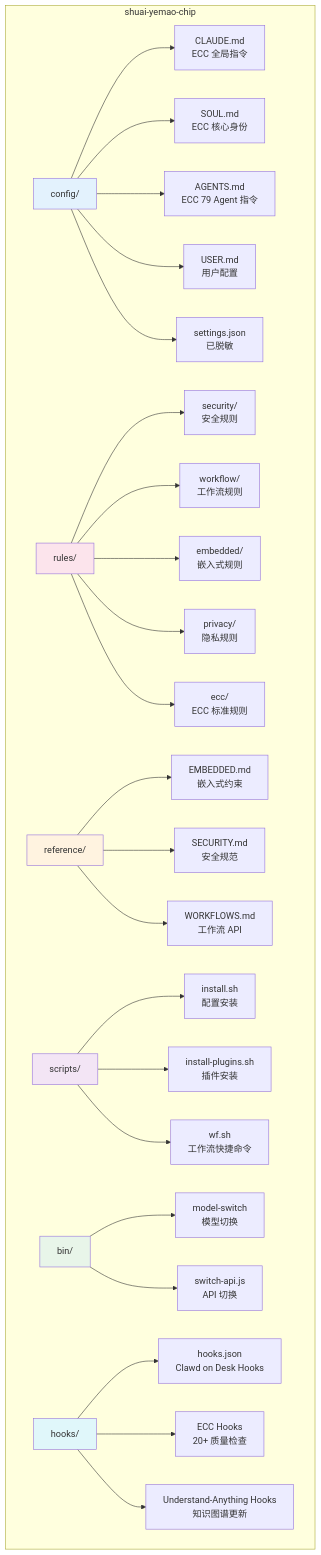
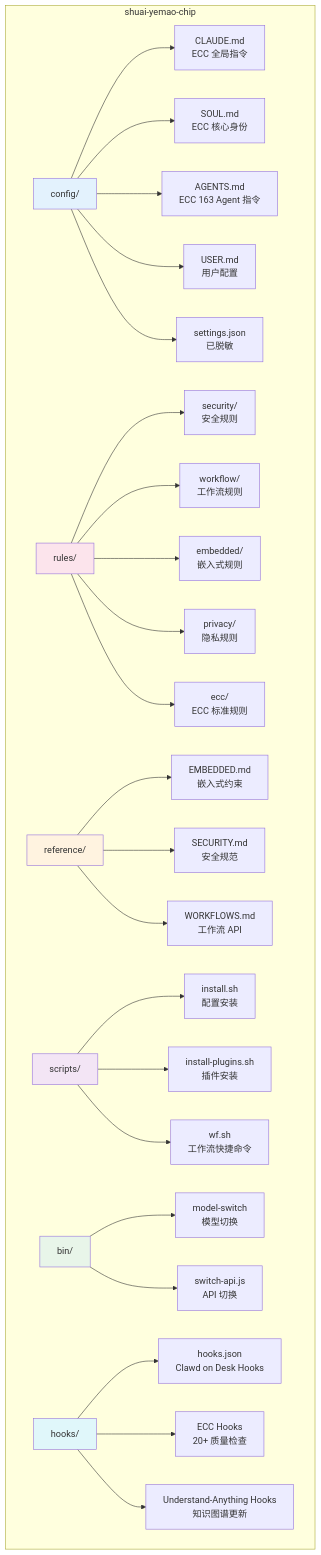
The fourth of 9 diagrams in README.md (shuai-yemao/shuai-yemao-chip), drawn with Mermaid before and after one commit. The commit also changed other lines of this file and 8 other files, not shown here.

````diff
--- a/README.md
+++ b/README.md
@@ -146,38 +155,38 @@
 ```mermaid
 graph TB
     subgraph "shuai-yemao-chip"
         A[config/] --> A1[CLAUDE.md<br/>ECC 全局指令]
         A --> A2[SOUL.md<br/>ECC 核心身份]
-        A --> A3[AGENTS.md<br/>ECC 79 Agent 指令]
+        A --> A3[AGENTS.md<br/>ECC 163 Agent 指令]
         A --> A4[USER.md<br/>用户配置]
         A --> A5[settings.json<br/>已脱敏]
 
         B[rules/] --> B1[security/<br/>安全规则]
         B --> B2[workflow/<br/>工作流规则]
         B --> B3[embedded/<br/>嵌入式规则]
         B --> B4[privacy/<br/>隐私规则]
         B --> B5[ecc/<br/>ECC 标准规则]
 
         C[reference/] --> C1[EMBEDDED.md<br/>嵌入式约束]
         C --> C2[SECURITY.md<br/>安全规范]
         C --> C3[WORKFLOWS.md<br/>工作流 API]
 
         D[scripts/] --> D1[install.sh<br/>配置安装]
         D --> D2[install-plugins.sh<br/>插件安装]
         D --> D3[wf.sh<br/>工作流快捷命令]
 
         E[bin/] --> E1[model-switch<br/>模型切换]
         E --> E2[switch-api.js<br/>API 切换]
 
         F[hooks/] --> F1[hooks.json<br/>Clawd on Desk Hooks]
         F --> F2[ECC Hooks<br/>20+ 质量检查]
         F --> F3[Understand-Anything Hooks<br/>知识图谱更新]
     end
 
     style A fill:#e3f2fd
     style B fill:#fce4ec
     style C fill:#fff3e0
     style D fill:#f3e5f5
     style E fill:#e8f5e9
     style F fill:#e0f7fa
 ```
````
